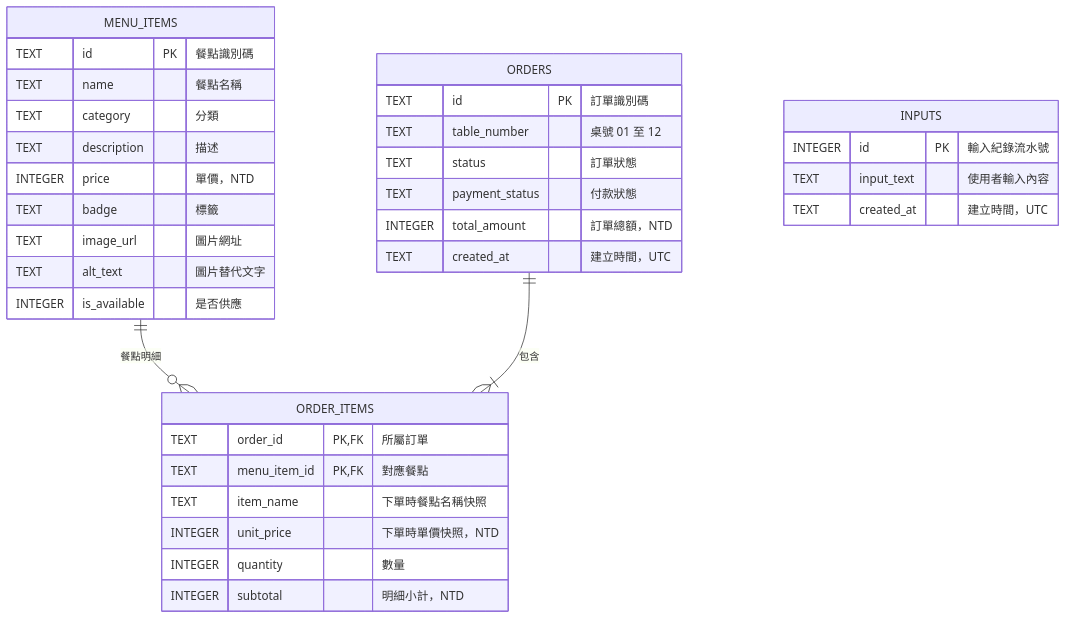
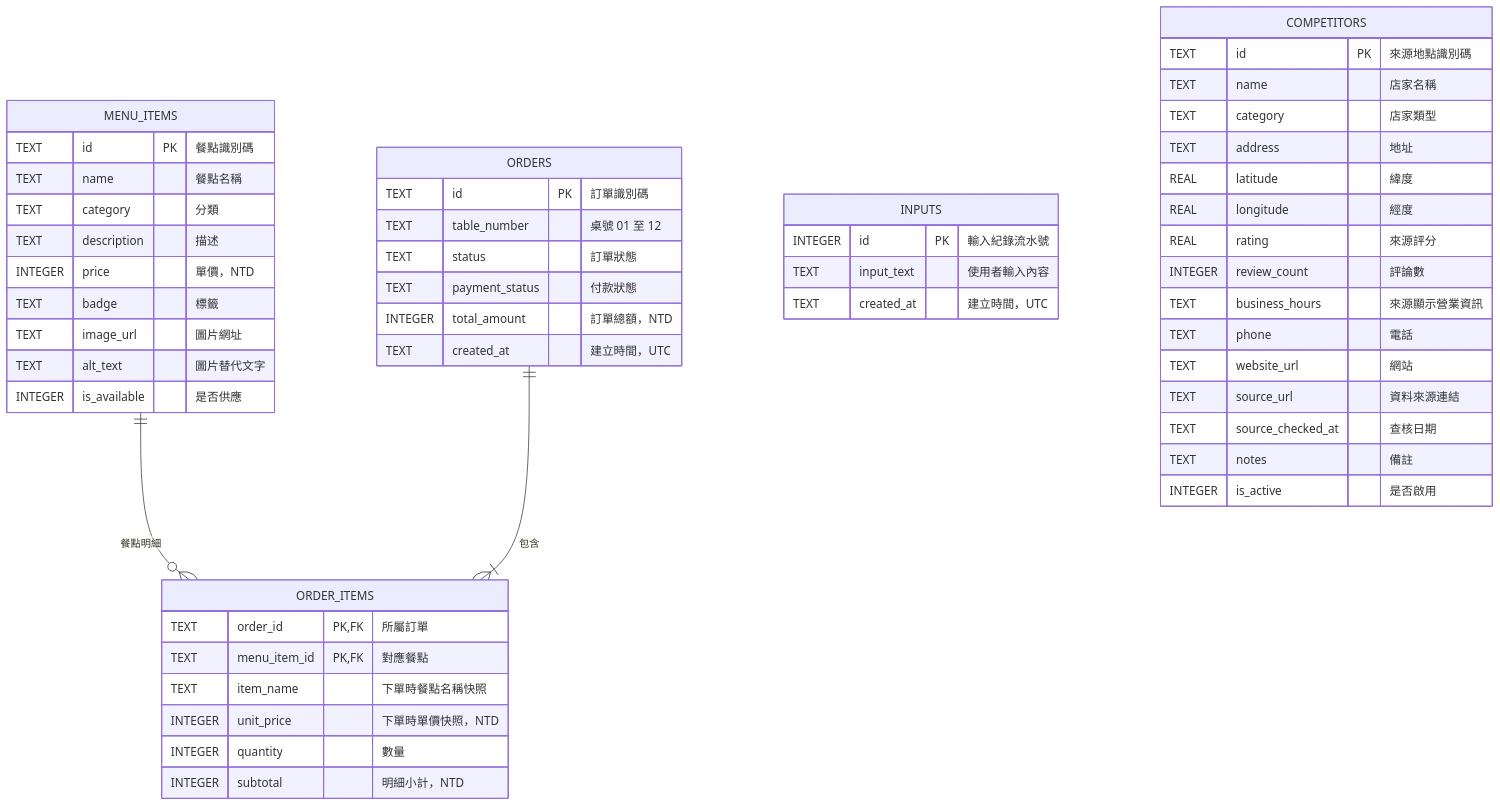
The diagram in spec/backend.md (final0618/POS2), drawn with Mermaid before and after one commit. The commit also changed other lines of this file and 21 other files, not shown here.

````diff
--- a/spec/backend.md
+++ b/spec/backend.md
@@ -22,38 +37,55 @@
 ```mermaid
 erDiagram
   MENU_ITEMS ||--o{ ORDER_ITEMS : "餐點明細"
   ORDERS ||--|{ ORDER_ITEMS : "包含"
 
   MENU_ITEMS {
     TEXT id PK "餐點識別碼"
     TEXT name "餐點名稱"
     TEXT category "分類"
     TEXT description "描述"
     INTEGER price "單價，NTD"
     TEXT badge "標籤"
     TEXT image_url "圖片網址"
     TEXT alt_text "圖片替代文字"
     INTEGER is_available "是否供應"
   }
   ORDERS {
     TEXT id PK "訂單識別碼"
     TEXT table_number "桌號 01 至 12"
     TEXT status "訂單狀態"
     TEXT payment_status "付款狀態"
     INTEGER total_amount "訂單總額，NTD"
     TEXT created_at "建立時間，UTC"
   }
   ORDER_ITEMS {
     TEXT order_id PK, FK "所屬訂單"
     TEXT menu_item_id PK, FK "對應餐點"
     TEXT item_name "下單時餐點名稱快照"
     INTEGER unit_price "下單時單價快照，NTD"
     INTEGER quantity "數量"
     INTEGER subtotal "明細小計，NTD"
   }
   INPUTS {
     INTEGER id PK "輸入紀錄流水號"
     TEXT input_text "使用者輸入內容"
     TEXT created_at "建立時間，UTC"
   }
+  COMPETITORS {
+    TEXT id PK "來源地點識別碼"
+    TEXT name "店家名稱"
+    TEXT category "店家類型"
+    TEXT address "地址"
+    REAL latitude "緯度"
+    REAL longitude "經度"
+    REAL rating "來源評分"
+    INTEGER review_count "評論數"
+    TEXT business_hours "來源顯示營業資訊"
+    TEXT phone "電話"
+    TEXT website_url "網站"
+    TEXT source_url "資料來源連結"
+    TEXT source_checked_at "查核日期"
+    TEXT notes "備註"
+    INTEGER is_active "是否啟用"
+  }
 ```
````
